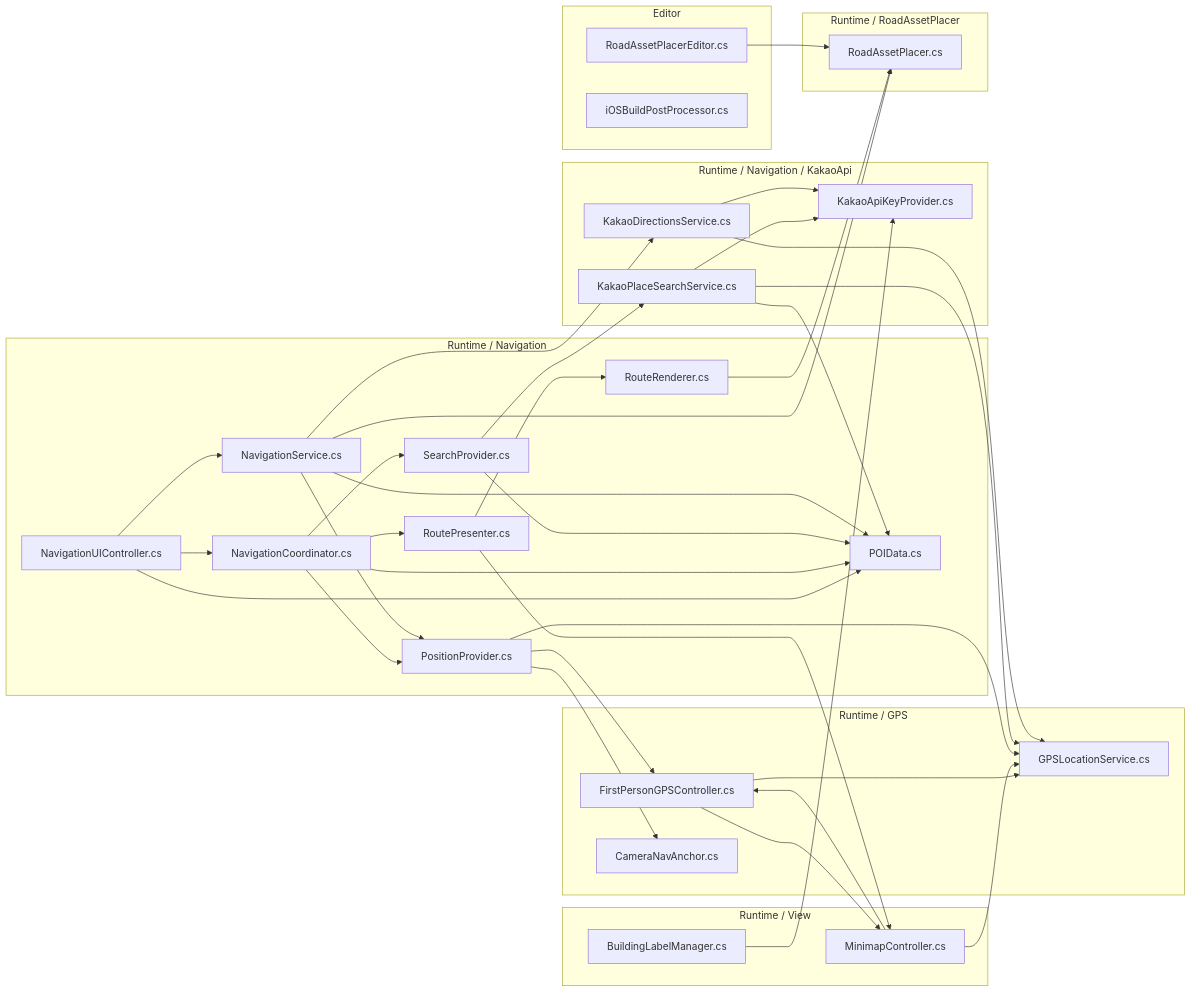
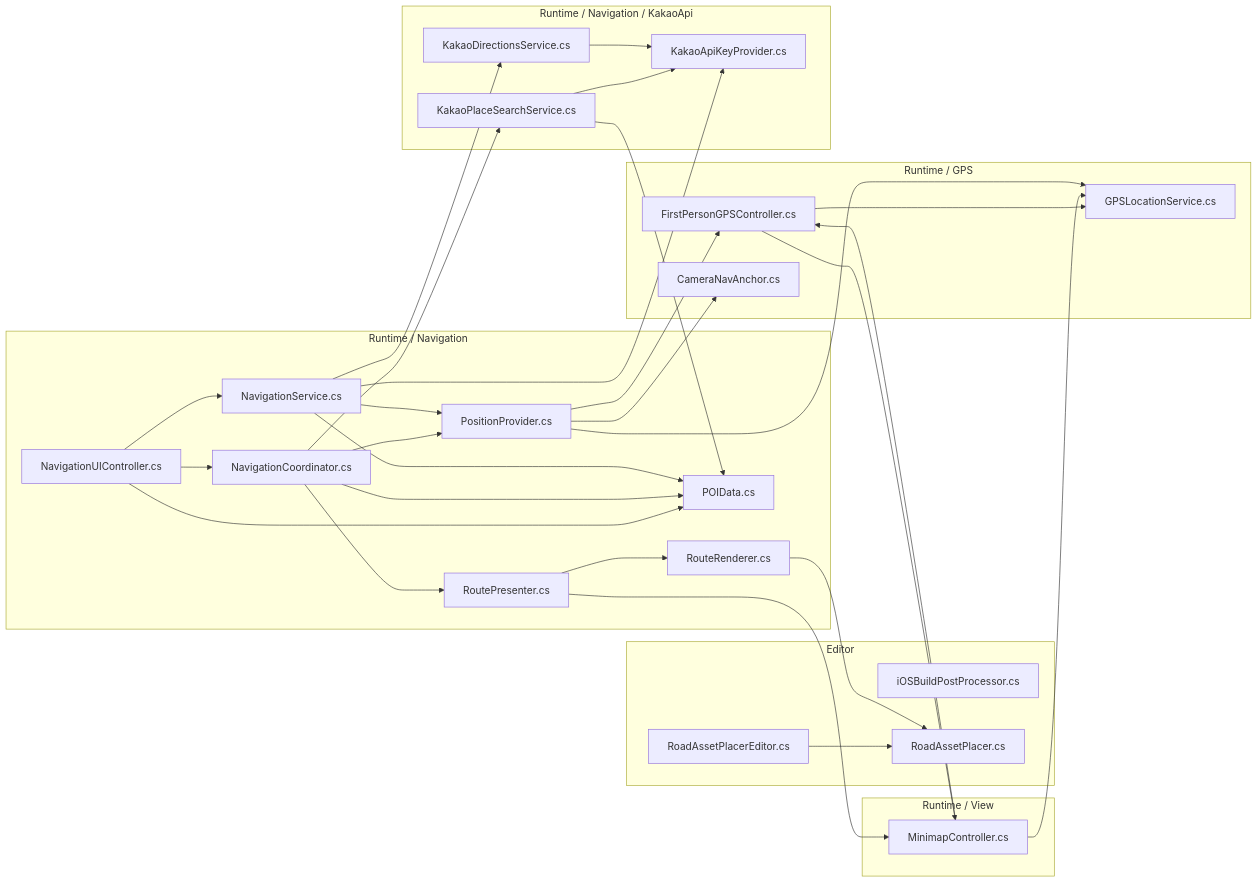
One commit to rugem33/3D_Digital_twin changed the diagram in PIPELINE_OVERVIEW.md. Above: the diagram before and after it, drawn with Mermaid. The commit also changed other lines of this file, not shown here.

````diff
--- a/PIPELINE_OVERVIEW.md
+++ b/PIPELINE_OVERVIEW.md
@@ -1862,82 +1862,70 @@
 ```mermaid
 flowchart LR
     subgraph Editor["Editor"]
         RoadAssetPlacerEditor["RoadAssetPlacerEditor.cs"]
         IOSBuildPostProcessor["iOSBuildPostProcessor.cs"]
+        RoadAssetPlacer["RoadAssetPlacer.cs"]
     end
 
     subgraph GPS["Runtime / GPS"]
         GPSLocationService["GPSLocationService.cs"]
         FirstPersonGPSController["FirstPersonGPSController.cs"]
         CameraNavAnchor["CameraNavAnchor.cs"]
     end
 
     subgraph Navigation["Runtime / Navigation"]
         NavigationUIController["NavigationUIController.cs"]
         NavigationService["NavigationService.cs"]
         NavigationCoordinator["NavigationCoordinator.cs"]
-        SearchProvider["SearchProvider.cs"]
         RoutePresenter["RoutePresenter.cs"]
         PositionProvider["PositionProvider.cs"]
         RouteRenderer["RouteRenderer.cs"]
         POIData["POIData.cs"]
     end
 
     subgraph Kakao["Runtime / Navigation / KakaoApi"]
         KakaoPlaceSearchService["KakaoPlaceSearchService.cs"]
         KakaoDirectionsService["KakaoDirectionsService.cs"]
         KakaoApiKeyProvider["KakaoApiKeyProvider.cs"]
     end
 
     subgraph View["Runtime / View"]
         MinimapController["MinimapController.cs"]
-        BuildingLabelManager["BuildingLabelManager.cs"]
-    end
-
-    subgraph Placement["Runtime / RoadAssetPlacer"]
-        RoadAssetPlacer["RoadAssetPlacer.cs"]
     end
 
     RoadAssetPlacerEditor --> RoadAssetPlacer
 
     FirstPersonGPSController --> GPSLocationService
     FirstPersonGPSController --> MinimapController
 
     MinimapController --> GPSLocationService
     MinimapController --> FirstPersonGPSController
 
     NavigationUIController --> NavigationService
     NavigationUIController --> NavigationCoordinator
     NavigationUIController --> POIData
 
-    NavigationCoordinator --> SearchProvider
+    NavigationCoordinator --> KakaoPlaceSearchService
     NavigationCoordinator --> RoutePresenter
     NavigationCoordinator --> PositionProvider
     NavigationCoordinator --> POIData
-
-    SearchProvider --> KakaoPlaceSearchService
-    SearchProvider --> POIData
 
     RoutePresenter --> RouteRenderer
     RoutePresenter --> MinimapController
 
     PositionProvider --> GPSLocationService
     PositionProvider --> CameraNavAnchor
     PositionProvider --> FirstPersonGPSController
 
     NavigationService --> PositionProvider
     NavigationService --> KakaoDirectionsService
-    NavigationService --> RoadAssetPlacer
+    NavigationService --> KakaoApiKeyProvider
     NavigationService --> POIData
 
     RouteRenderer --> RoadAssetPlacer
 
-    KakaoPlaceSearchService --> GPSLocationService
     KakaoPlaceSearchService --> KakaoApiKeyProvider
     KakaoPlaceSearchService --> POIData
 
-    KakaoDirectionsService --> GPSLocationService
     KakaoDirectionsService --> KakaoApiKeyProvider
-
-    BuildingLabelManager --> KakaoApiKeyProvider
 ```
````
